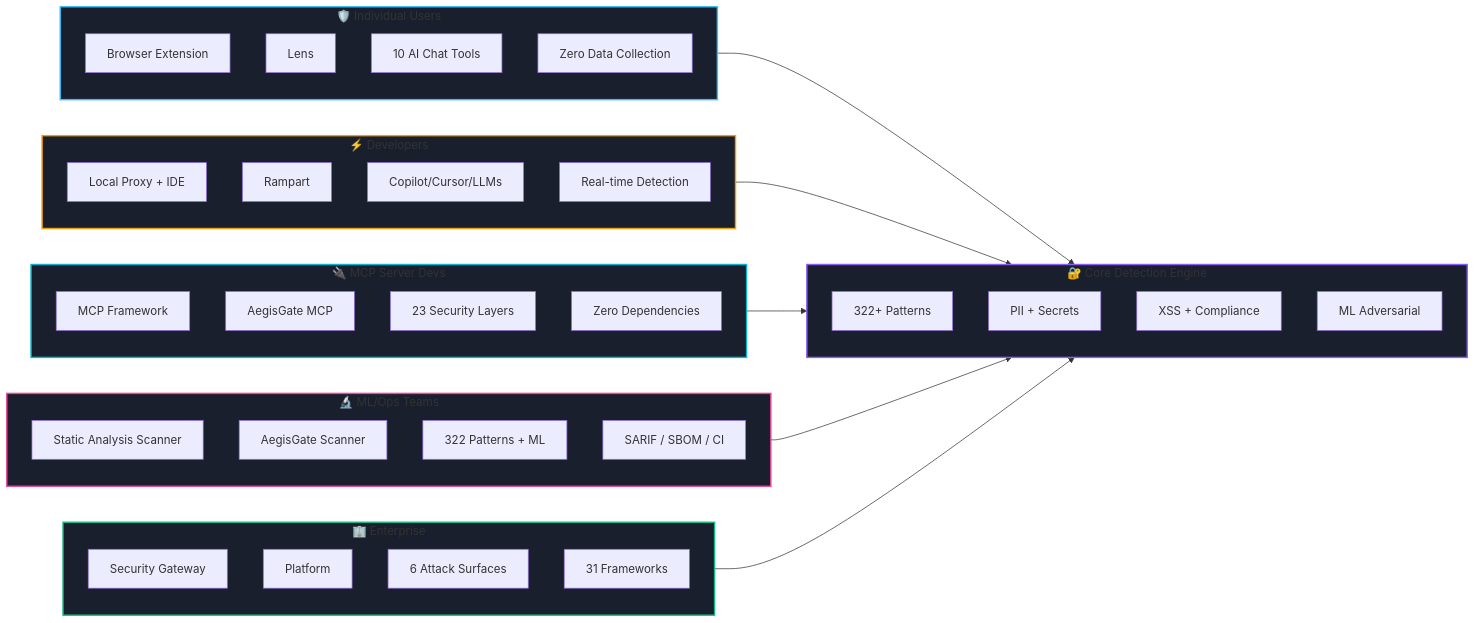
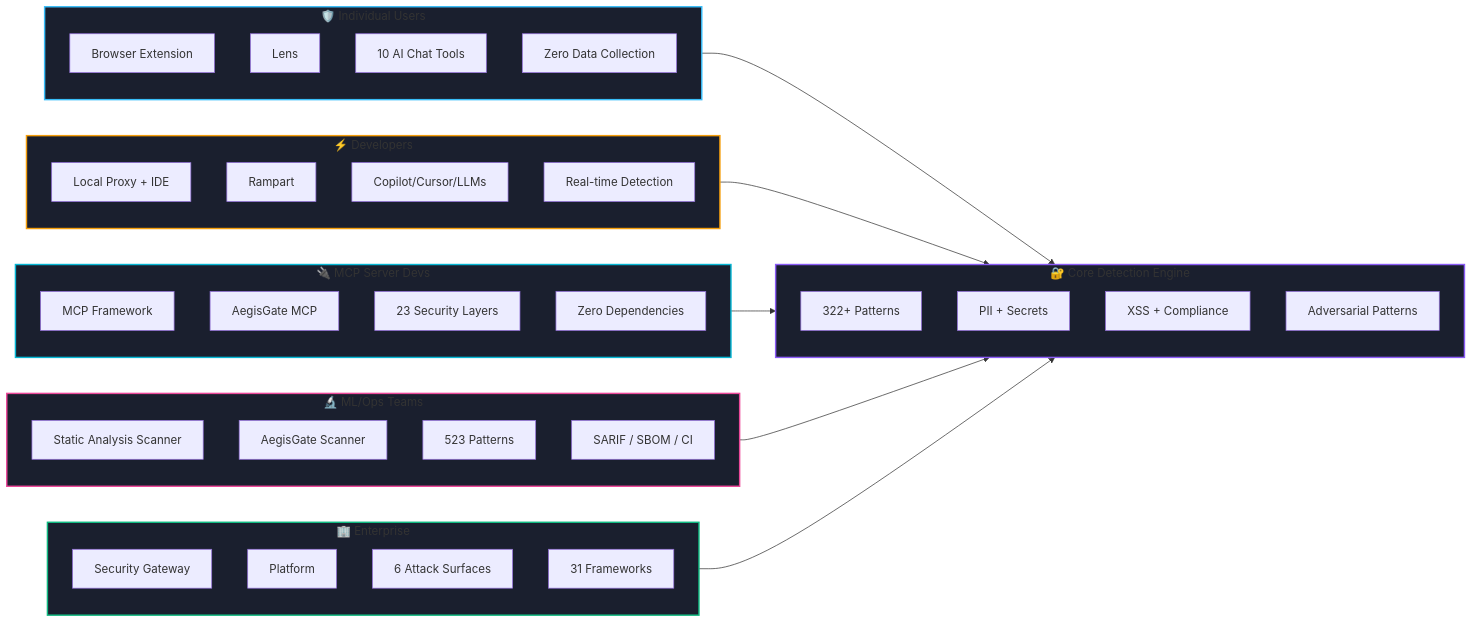
Before and after one commit to aegisgatesecurity/aegisgate-site: the diagram in content/_index.md, drawn with Mermaid. The commit also changed other lines of this file and 42 other files, not shown here.

```diff
--- a/content/_index.md
+++ b/content/_index.md
@@ -52,57 +52,57 @@
 {{< mermaid >}}
 flowchart LR
     subgraph Individual["🛡️ Individual Users"]
         A[Browser Extension]
         A1[Lens]
         A2[10 AI Chat Tools]
         A3[Zero Data Collection]
     end
 
     subgraph Developer["⚡ Developers"]
         B[Local Proxy + IDE]
         B1[Rampart]
         B2[Copilot/Cursor/LLMs]
         B3[Real-time Detection]
     end
 
     subgraph MCPServer["🔌 MCP Server Devs"]
         E[MCP Framework]
         E1[AegisGate MCP]
         E2[23 Security Layers]
         E3[Zero Dependencies]
     end
 
     subgraph MLOps["🔬 ML/Ops Teams"]
         F[Static Analysis Scanner]
         F1[AegisGate Scanner]
-        F2[322 Patterns + ML]
+        F2[523 Patterns]
         F3[SARIF / SBOM / CI]
     end
 
     subgraph Enterprise["🏢 Enterprise"]
         C[Security Gateway]
         C1[Platform]
         C2[6 Attack Surfaces]
         C3[31 Frameworks]
     end
 
     subgraph Core["🔐 Core Detection Engine"]
         D[322+ Patterns]
         D1[PII + Secrets]
         D2[XSS + Compliance]
-        D3[ML Adversarial]
+        D3[Adversarial Patterns]
     end
 
     Individual --> Core
     Developer --> Core
     MCPServer --> Core
     MLOps --> Core
     Enterprise --> Core
 
     style Individual fill:#1a1f2e,stroke:#38bdf8,stroke-width:2px
     style Developer fill:#1a1f2e,stroke:#f59e0b,stroke-width:2px
     style MCPServer fill:#1a1f2e,stroke:#06b6d4,stroke-width:2px
     style MLOps fill:#1a1f2e,stroke:#ec4899,stroke-width:2px
     style Enterprise fill:#1a1f2e,stroke:#10b981,stroke-width:2px
     style Core fill:#1a1f2e,stroke:#8b5cf6,stroke-width:2px
 {{< /mermaid >}}
```
